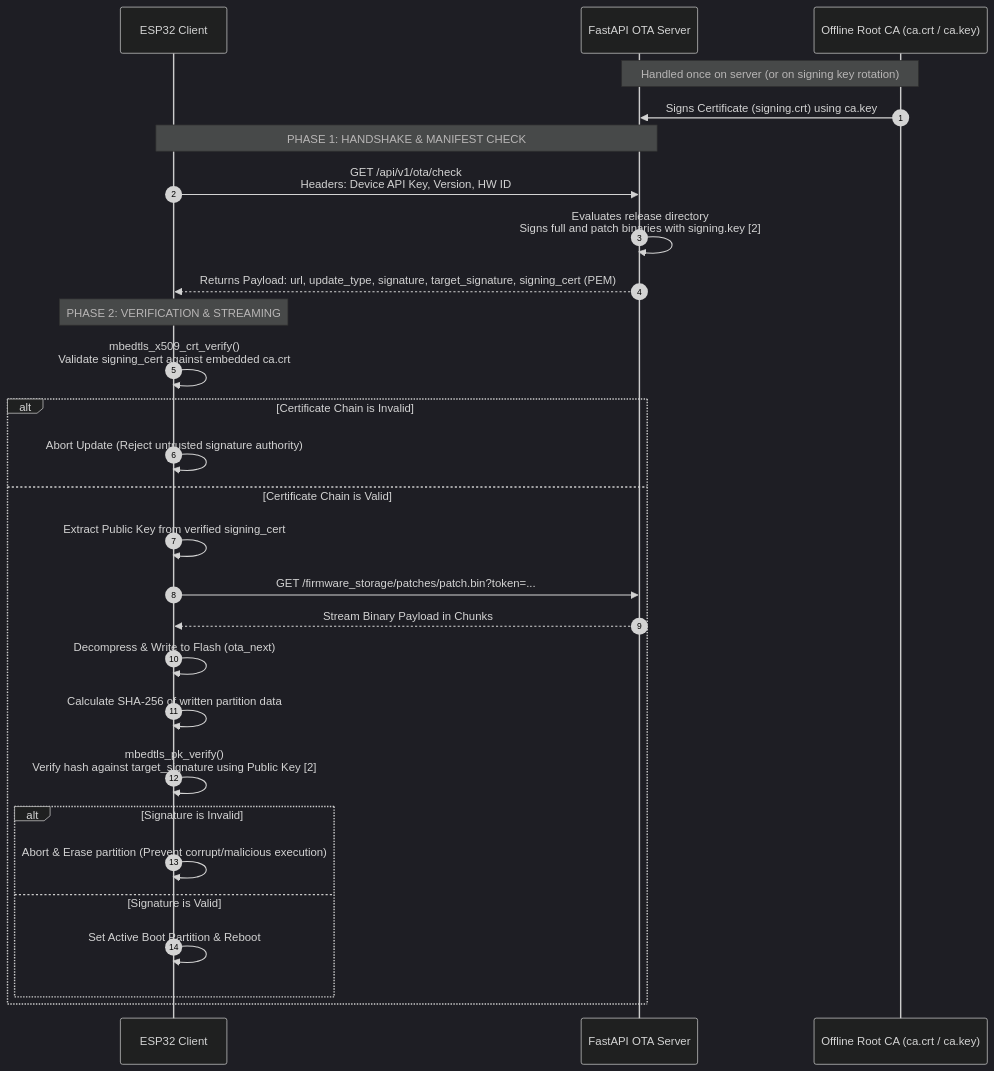
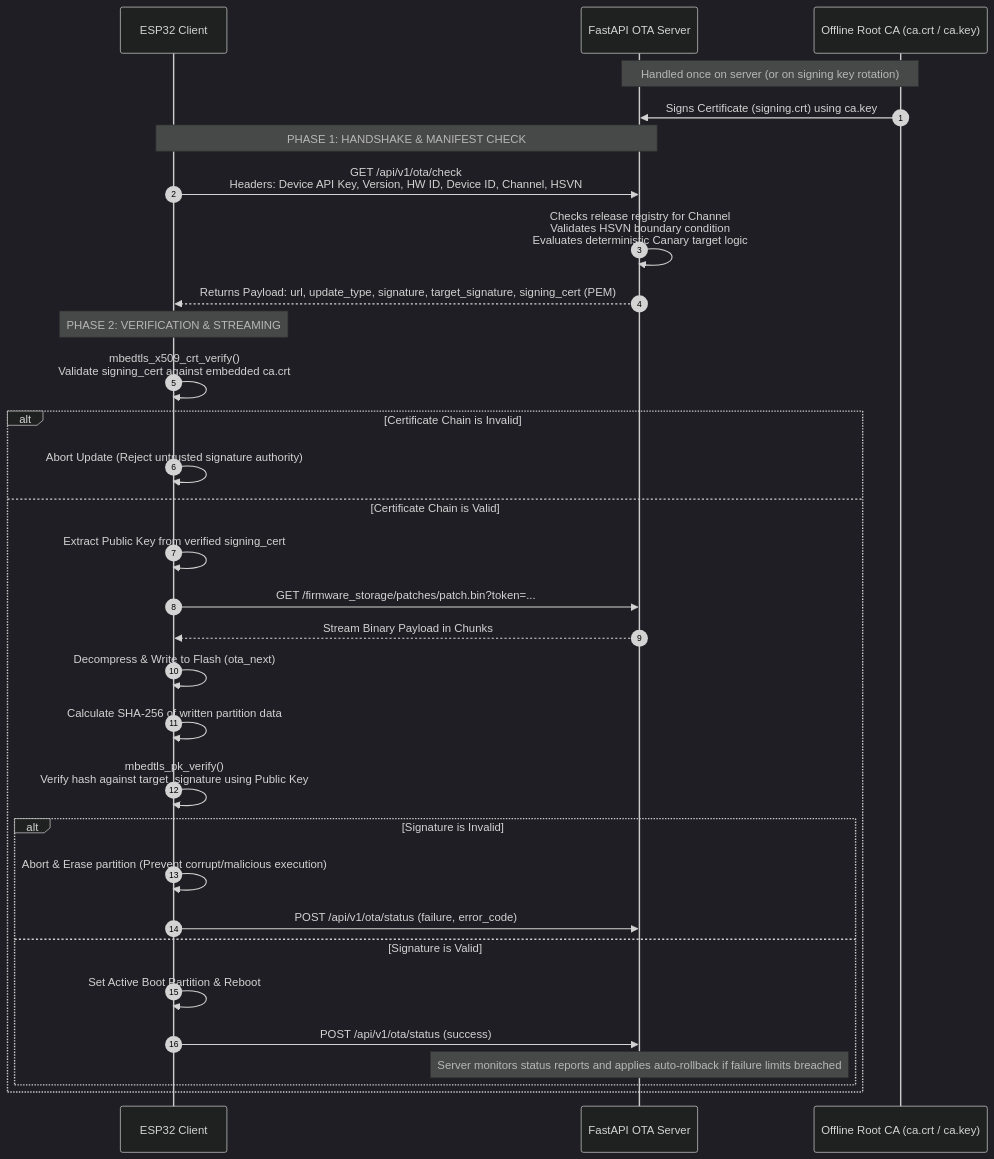
One commit to evrenkenanoglu/embedded_system changed the diagram in Documentation/OTA/OTA_Dynamic_Dual_Phase_Signed_OTA_Sequence.mmd. Above: the diagram before and after it, drawn with Mermaid (dark theme). The commit also changed 3 other files, not shown here.

```diff
--- a/Documentation/OTA/OTA_Dynamic_Dual_Phase_Signed_OTA_Sequence.mmd
+++ b/Documentation/OTA/OTA_Dynamic_Dual_Phase_Signed_OTA_Sequence.mmd
@@ -1,31 +1,34 @@
 sequenceDiagram
     autonumber
     participant ESP32 as ESP32 Client
     participant Server as FastAPI OTA Server
     participant CA as Offline Root CA (ca.crt / ca.key)
 
     Note over Server, CA: Handled once on server (or on signing key rotation)
     CA->>Server: Signs Certificate (signing.crt) using ca.key
 
     Note over ESP32, Server: PHASE 1: HANDSHAKE & MANIFEST CHECK
-    ESP32->>Server: GET /api/v1/ota/check <br> Headers: Device API Key, Version, HW ID
-    Server->>Server: Evaluates release directory <br> Signs full and patch binaries with signing.key [2]
+    ESP32->>Server: GET /api/v1/ota/check <br> Headers: Device API Key, Version, HW ID, Device ID, Channel, HSVN
+    Server->>Server: Checks release registry for Channel <br> Validates HSVN boundary condition <br> Evaluates deterministic Canary target logic
     Server-->>ESP32: Returns Payload: url, update_type, signature, target_signature, signing_cert (PEM)
 
     Note over ESP32: PHASE 2: VERIFICATION & STREAMING
     ESP32->>ESP32: mbedtls_x509_crt_verify() <br> Validate signing_cert against embedded ca.crt
     alt Certificate Chain is Invalid
         ESP32->>ESP32: Abort Update (Reject untrusted signature authority)
     else Certificate Chain is Valid
         ESP32->>ESP32: Extract Public Key from verified signing_cert
         ESP32->>Server: GET /firmware_storage/patches/patch.bin?token=...
         Server-->>ESP32: Stream Binary Payload in Chunks
         ESP32->>ESP32: Decompress & Write to Flash (ota_next)
         ESP32->>ESP32: Calculate SHA-256 of written partition data
-        ESP32->>ESP32: mbedtls_pk_verify() <br> Verify hash against target_signature using Public Key [2]
+        ESP32->>ESP32: mbedtls_pk_verify() <br> Verify hash against target_signature using Public Key
         alt Signature is Invalid
             ESP32->>ESP32: Abort & Erase partition (Prevent corrupt/malicious execution)
+            ESP32->>Server: POST /api/v1/ota/status (failure, error_code)
         else Signature is Valid
             ESP32->>ESP32: Set Active Boot Partition & Reboot
+            ESP32->>Server: POST /api/v1/ota/status (success)
+            Note over Server: Server monitors status reports and applies auto-rollback if failure limits breached
         end
     end
```
